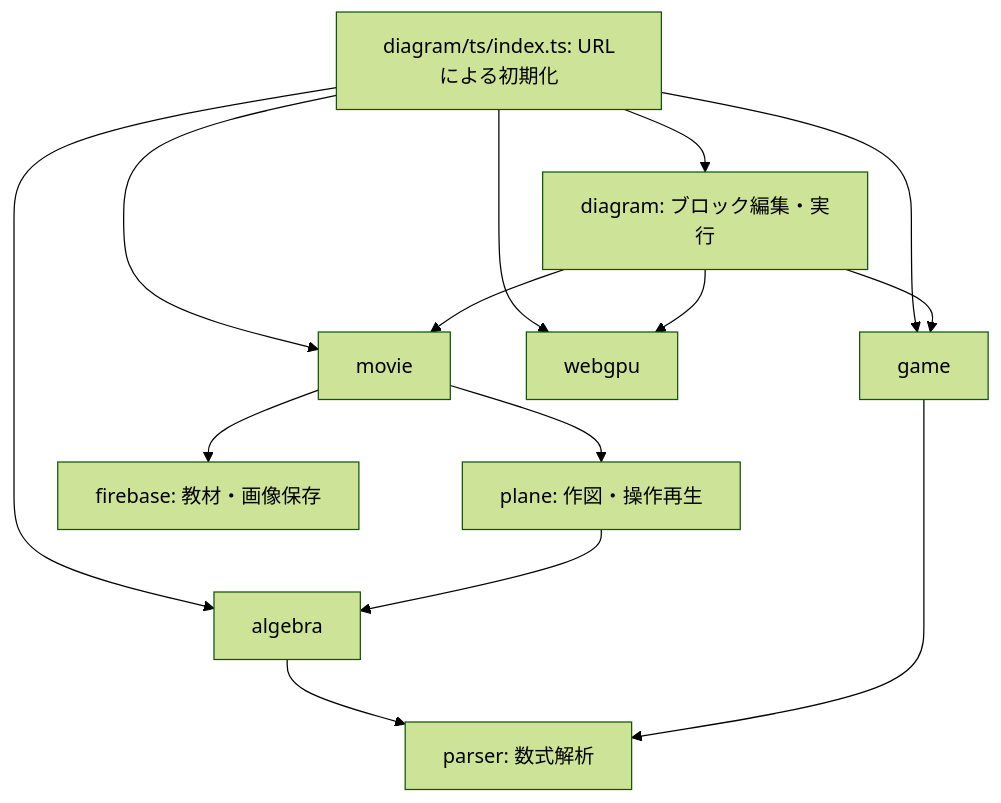
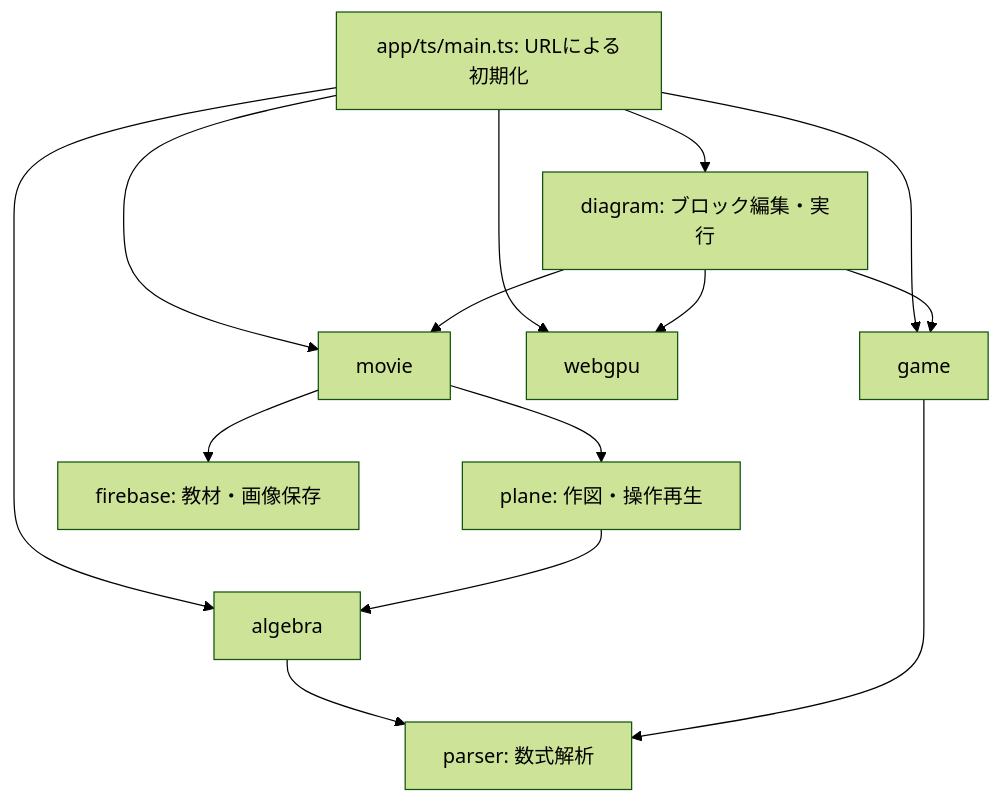
Before and after one commit to teatime77/uroa: the diagram in docs/architecture.md, drawn with Mermaid (forest theme). The commit also changed other lines of this file and 58 other files, not shown here.

````diff
--- a/docs/architecture.md
+++ b/docs/architecture.md
@@ -30,16 +32,16 @@
 ```mermaid
 flowchart TD
-    Entry[diagram/ts/index.ts: URLによる初期化] --> Algebra[algebra]
+    Entry[app/ts/main.ts: URLによる初期化] --> Algebra[algebra]
     Entry --> Diagram[diagram: ブロック編集・実行]
     Entry --> Game[game]
     Entry --> Movie[movie]
     Entry --> GPU[webgpu]
     Diagram --> Game
     Diagram --> Movie
     Diagram --> GPU
     Movie --> Plane[plane: 作図・操作再生]
     Movie --> Firebase[firebase: 教材・画像保存]
     Plane --> Algebra
     Algebra --> Parser[parser: 数式解析]
     Game --> Parser
 ```
````
